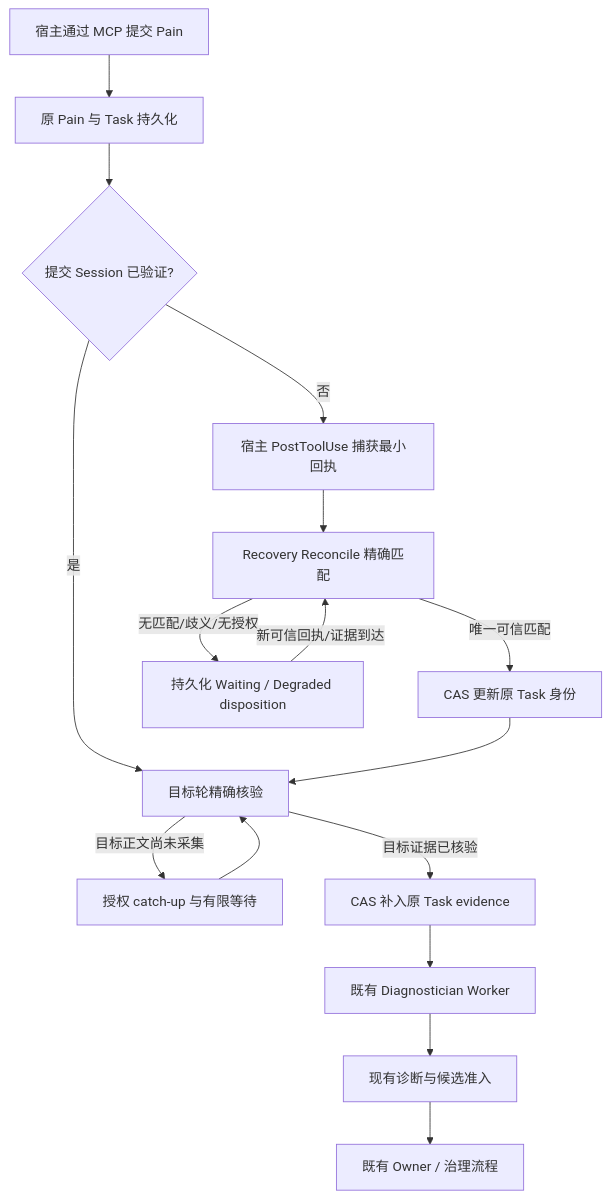
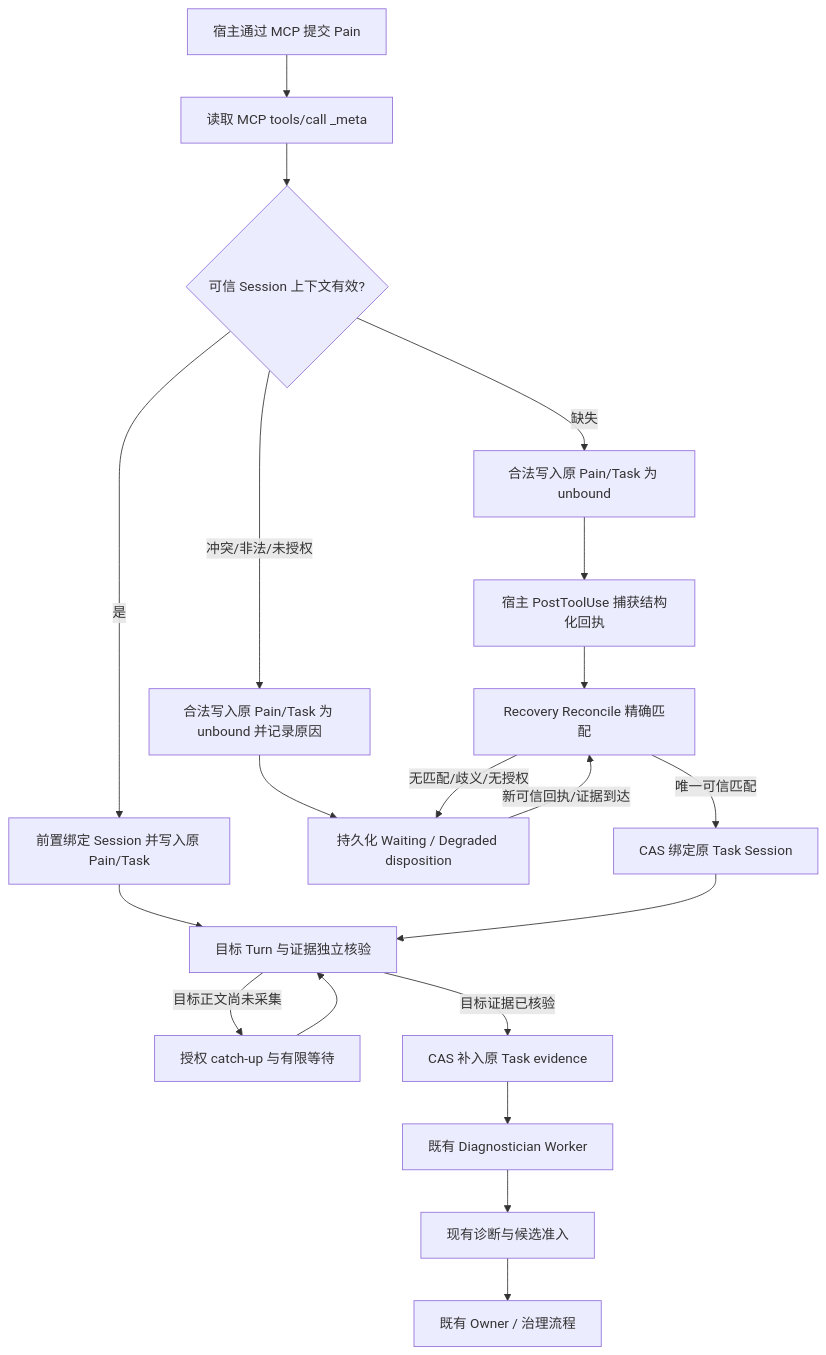
The diagram in docs/specs/SPEC-PD-FEEDBACK-RESILIENCE-001-TECHNICAL-DESIGN.md (csuzngjh/principles), drawn with Mermaid before and after one commit. The commit also changed other lines of this file and 2 other files, not shown here.

````diff
--- a/docs/specs/SPEC-PD-FEEDBACK-RESILIENCE-001-TECHNICAL-DESIGN.md
+++ b/docs/specs/SPEC-PD-FEEDBACK-RESILIENCE-001-TECHNICAL-DESIGN.md
@@ -149,18 +166,22 @@
 ```mermaid
 flowchart TD
-  A[宿主通过 MCP 提交 Pain] --> B[原 Pain 与 Task 持久化]
-  B --> C{提交 Session 已验证?}
-  C -->|是| E[目标轮精确核验]
-  C -->|否| D[宿主 PostToolUse 捕获最小回执]
-  D --> F[Recovery Reconcile 精确匹配]
-  F -->|唯一可信匹配| G[CAS 更新原 Task 身份]
-  F -->|无匹配/歧义/无授权| W[持久化 Waiting / Degraded disposition]
-  G --> E
-  E -->|目标正文尚未采集| H[授权 catch-up 与有限等待]
-  H --> E
-  E -->|目标证据已核验| I[CAS 补入原 Task evidence]
-  I --> J[既有 Diagnostician Worker]
-  J --> K[现有诊断与候选准入]
-  K --> L[既有 Owner / 治理流程]
-  W -->|新可信回执/证据到达| F
+  A[宿主通过 MCP 提交 Pain] --> B[读取 MCP tools/call _meta]
+  B --> C{可信 Session 上下文有效?}
+  C -->|是| D[前置绑定 Session 并写入原 Pain/Task]
+  C -->|缺失| E[合法写入原 Pain/Task 为 unbound]
+  C -->|冲突/非法/未授权| F0[合法写入原 Pain/Task 为 unbound 并记录原因]
+  E --> F[宿主 PostToolUse 捕获结构化回执]
+  F0 --> W[持久化 Waiting / Degraded disposition]
+  F --> G[Recovery Reconcile 精确匹配]
+  G -->|唯一可信匹配| H[CAS 绑定原 Task Session]
+  G -->|无匹配/歧义/无授权| W
+  D --> I[目标 Turn 与证据独立核验]
+  H --> I
+  I -->|目标正文尚未采集| J[授权 catch-up 与有限等待]
+  J --> I
+  I -->|目标证据已核验| K[CAS 补入原 Task evidence]
+  K --> L[既有 Diagnostician Worker]
+  L --> M[现有诊断与候选准入]
+  M --> N[既有 Owner / 治理流程]
+  W -->|新可信回执/证据到达| G
 ```
````
